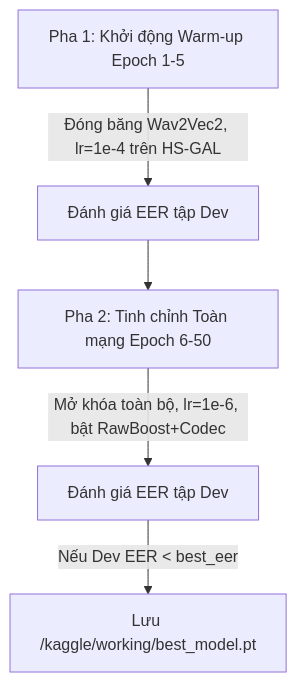
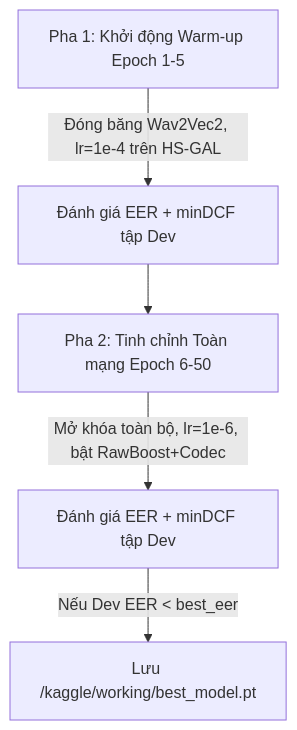
The diagram in docs/LOGIC_models.md (saketai72-oss/VieTrueVoice), drawn with Mermaid before and after one commit. The commit also changed other lines of this file and 42 other files, not shown here.

````diff
--- a/docs/LOGIC_models.md
+++ b/docs/LOGIC_models.md
@@ -43,7 +50,7 @@
 ```mermaid
 graph TD
-    Phase1[Pha 1: Khởi động Warm-up Epoch 1-5] -->|Đóng băng Wav2Vec2, lr=1e-4 trên HS-GAL| Phase1Eval[Đánh giá EER tập Dev]
+    Phase1[Pha 1: Khởi động Warm-up Epoch 1-5] -->|Đóng băng Wav2Vec2, lr=1e-4 trên HS-GAL| Phase1Eval[Đánh giá EER + minDCF tập Dev]
     Phase1Eval --> Phase2[Pha 2: Tinh chỉnh Toàn mạng Epoch 6-50]
-    Phase2 -->|Mở khóa toàn bộ, lr=1e-6, bật RawBoost+Codec| Phase2Eval[Đánh giá EER tập Dev]
+    Phase2 -->|Mở khóa toàn bộ, lr=1e-6, bật RawBoost+Codec| Phase2Eval[Đánh giá EER + minDCF tập Dev]
     Phase2Eval -->|Nếu Dev EER < best_eer| SaveCheckpoint[Lưu /kaggle/working/best_model.pt]
 ```
````
